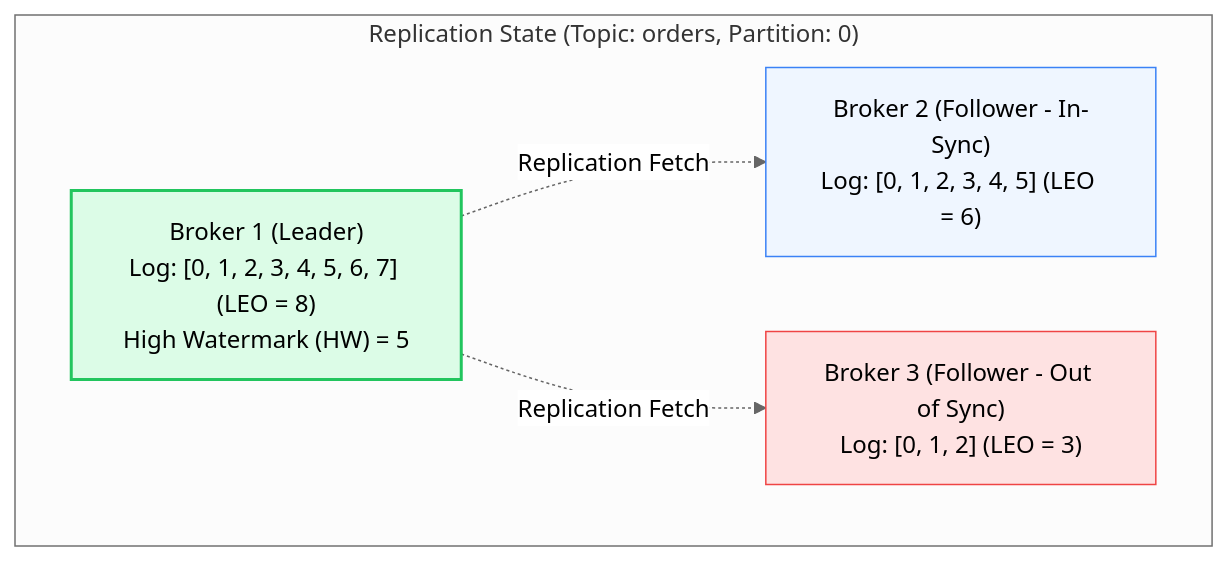
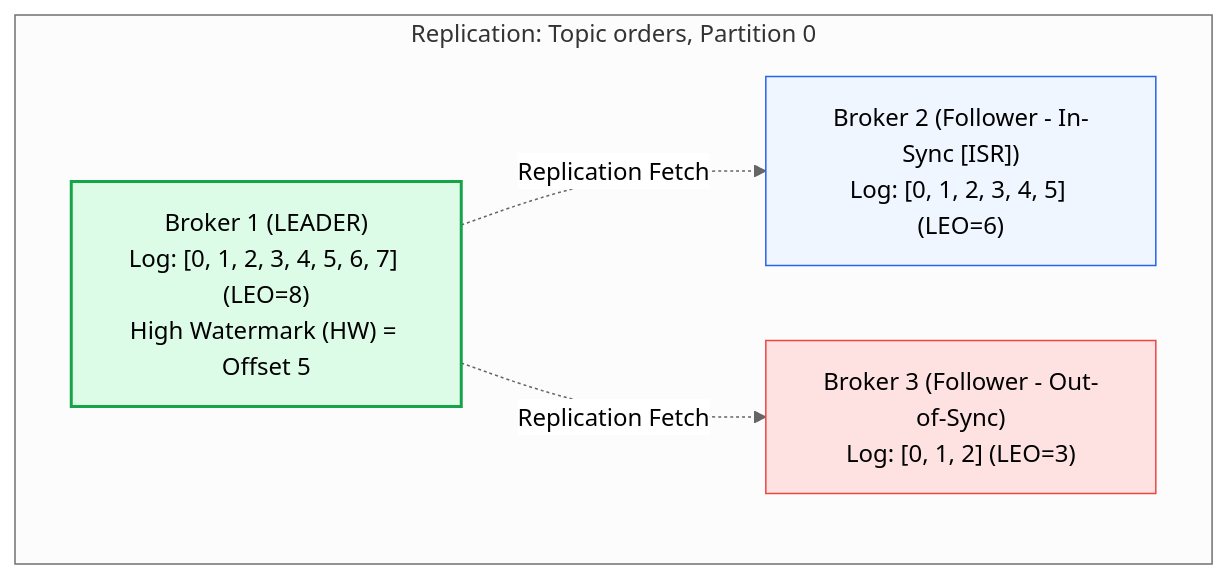
One commit to PandeyKishan/Study-Notes changed the fifth of 5 diagrams in 03-Apache-Kafka/01-Architecture-and-Log-Internals.md. Above: the diagram before and after it, drawn with Mermaid (neutral theme). The commit also changed other lines of this file and 20 other files, not shown here.

````diff
--- a/03-Apache-Kafka/01-Architecture-and-Log-Internals.md
+++ b/03-Apache-Kafka/01-Architecture-and-Log-Internals.md
@@ -107,15 +166,15 @@
 ```mermaid
 flowchart TD
-    subgraph Partition_Replication["Replication State (Topic: orders, Partition: 0)"]
-        Leader["Broker 1 (Leader)\nLog: [0, 1, 2, 3, 4, 5, 6, 7] (LEO = 8)\nHigh Watermark (HW) = 5"]
-        Follower1["Broker 2 (Follower - In-Sync)\nLog: [0, 1, 2, 3, 4, 5] (LEO = 6)"]
-        Follower2["Broker 3 (Follower - Out of Sync)\nLog: [0, 1, 2] (LEO = 3)"]
+    subgraph Topic_Partition_0["Replication: Topic orders, Partition 0"]
+        Leader["Broker 1 (LEADER)\nLog: [0, 1, 2, 3, 4, 5, 6, 7] (LEO=8)\nHigh Watermark (HW) = Offset 5"]
+        F1["Broker 2 (Follower - In-Sync [ISR])\nLog: [0, 1, 2, 3, 4, 5] (LEO=6)"]
+        F2["Broker 3 (Follower - Out-of-Sync)\nLog: [0, 1, 2] (LEO=3)"]
 
-        Leader -.->|Replication Fetch| Follower1
-        Leader -.->|Replication Fetch| Follower2
+        Leader -.->|Replication Fetch| F1
+        Leader -.->|Replication Fetch| F2
     end
 
-    style Leader fill:#dcfce7,stroke:#22c55e,stroke-width:2px
-    style Follower1 fill:#eff6ff,stroke:#3b82f6,stroke-width:1px
-    style Follower2 fill:#fee2e2,stroke:#ef4444,stroke-width:1px
+    style Leader fill:#dcfce7,stroke:#16a34a,stroke-width:2px
+    style F1 fill:#eff6ff,stroke:#2563eb,stroke-width:1px
+    style F2 fill:#fee2e2,stroke:#ef4444,stroke-width:1px
 ```
````
